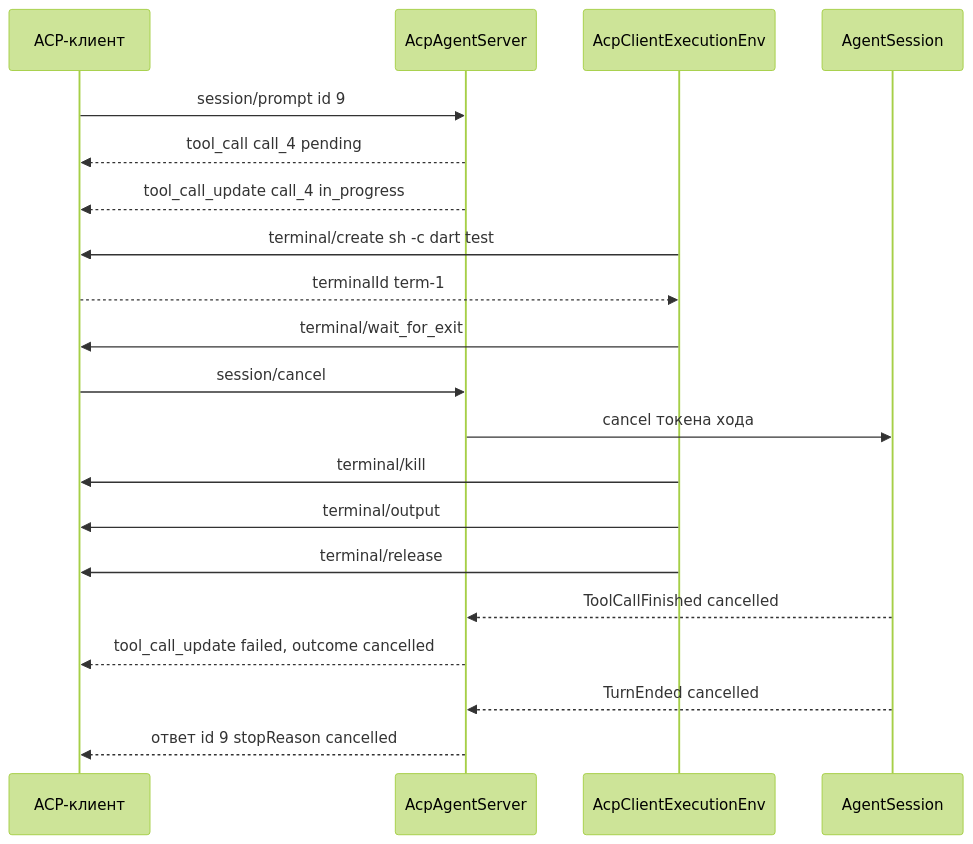
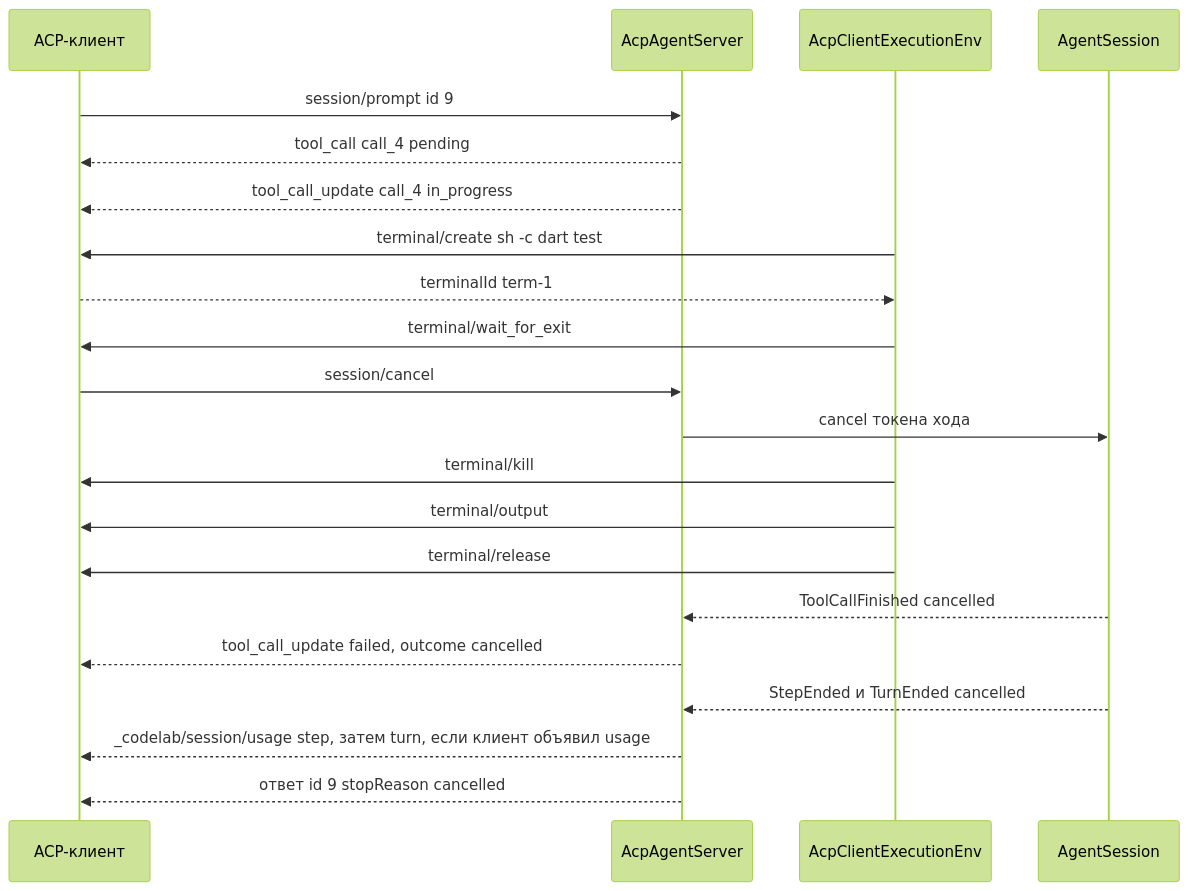
The second of 3 diagrams in docs/architecture/proposals/agent-core/13-acp-adapter.md (pese-git/codelab-app), drawn with Mermaid (forest theme) before and after one commit. The commit also changed other lines of this file and 9 other files, not shown here.

````diff
--- a/docs/architecture/proposals/agent-core/13-acp-adapter.md
+++ b/docs/architecture/proposals/agent-core/13-acp-adapter.md
@@ -929,22 +942,23 @@
 ```mermaid
 sequenceDiagram
     participant C as ACP-клиент
     participant A as AcpAgentServer
     participant E as AcpClientExecutionEnv
     participant S as AgentSession
     C->>A: session/prompt id 9
     A-->>C: tool_call call_4 pending
     A-->>C: tool_call_update call_4 in_progress
     E->>C: terminal/create sh -c dart test
     C-->>E: terminalId term-1
     E->>C: terminal/wait_for_exit
     C->>A: session/cancel
     A->>S: cancel токена хода
     E->>C: terminal/kill
     E->>C: terminal/output
     E->>C: terminal/release
     S-->>A: ToolCallFinished cancelled
     A-->>C: tool_call_update failed, outcome cancelled
-    S-->>A: TurnEnded cancelled
+    S-->>A: StepEnded и TurnEnded cancelled
+    A-->>C: _codelab/session/usage step, затем turn, если клиент объявил usage
     A-->>C: ответ id 9 stopReason cancelled
 ```
````
